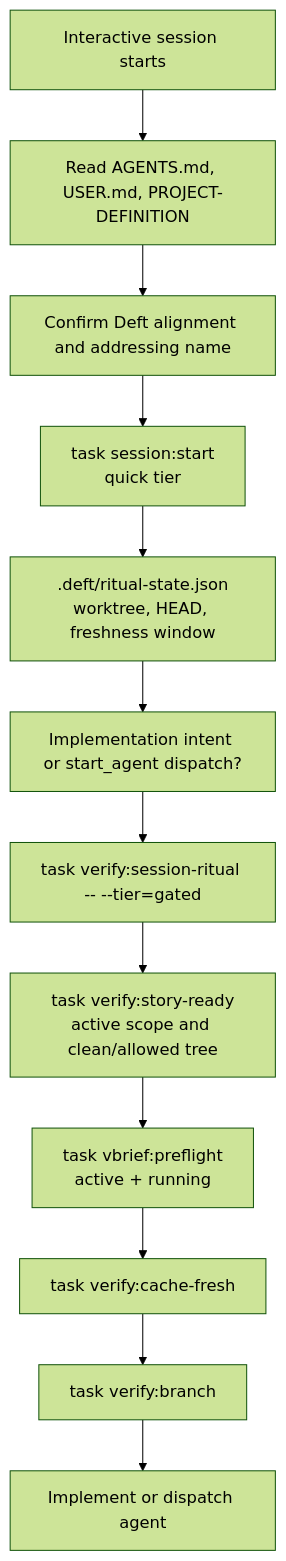
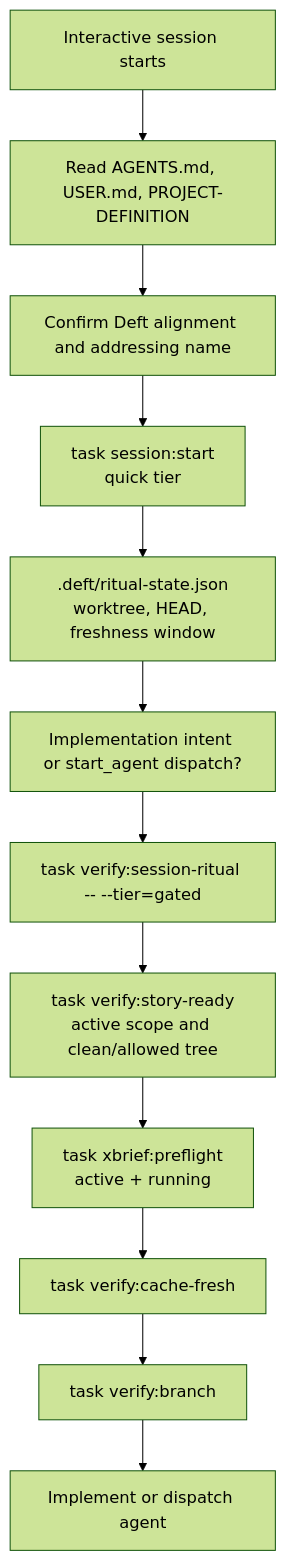
One commit to deftai/directive changed the fifth of 7 diagrams in docs/ARCHITECTURE.md. Above: the diagram before and after it, drawn with Mermaid (forest theme). The commit also changed other lines of this file and 9 other files, not shown here.

````diff
--- a/docs/ARCHITECTURE.md
+++ b/docs/ARCHITECTURE.md
@@ -146,14 +148,14 @@
 ```mermaid
 flowchart TD
     Start["Interactive session starts"] --> Read["Read AGENTS.md, USER.md, PROJECT-DEFINITION"]
     Read --> Confirm["Confirm Deft alignment and addressing name"]
     Confirm --> Quick["task session:start<br/>quick tier"]
     Quick --> State[".deft/ritual-state.json<br/>worktree, HEAD, freshness window"]
     State --> Intent["Implementation intent or start_agent dispatch?"]
     Intent --> Gated["task verify:session-ritual -- --tier=gated"]
     Gated --> Story["task verify:story-ready<br/>active scope and clean/allowed tree"]
-    Story --> Preflight["task vbrief:preflight<br/>active + running"]
+    Story --> Preflight["task xbrief:preflight<br/>active + running"]
     Preflight --> Cache["task verify:cache-fresh"]
     Cache --> Branch["task verify:branch"]
     Branch --> Work["Implement or dispatch agent"]
 ```
````
